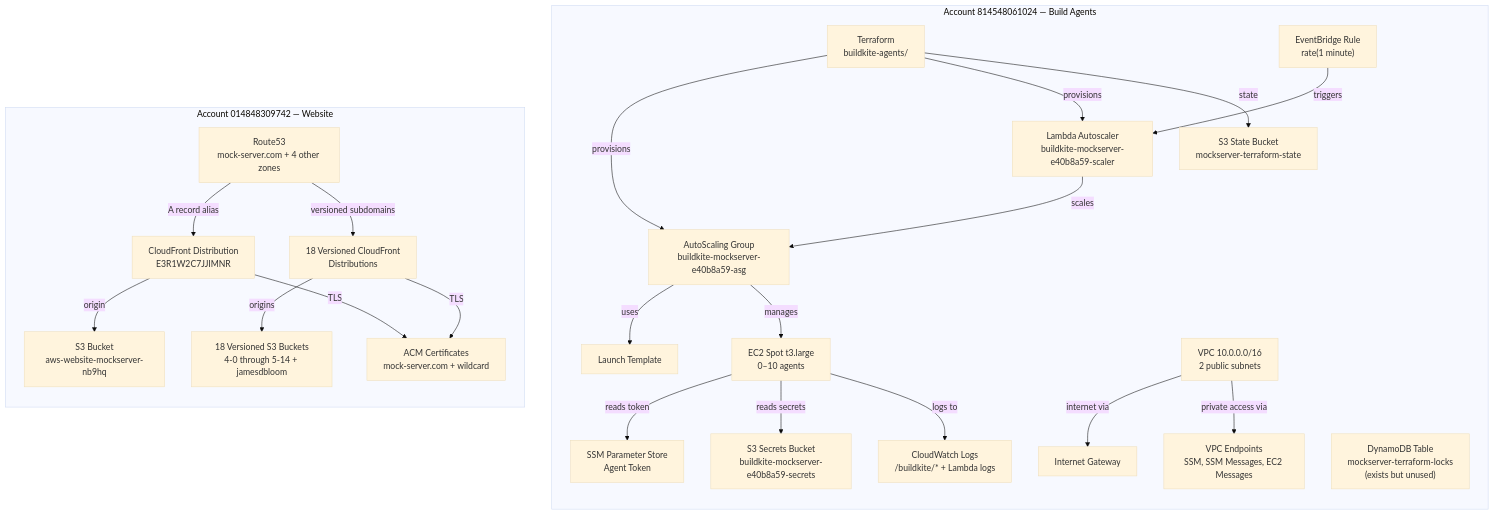
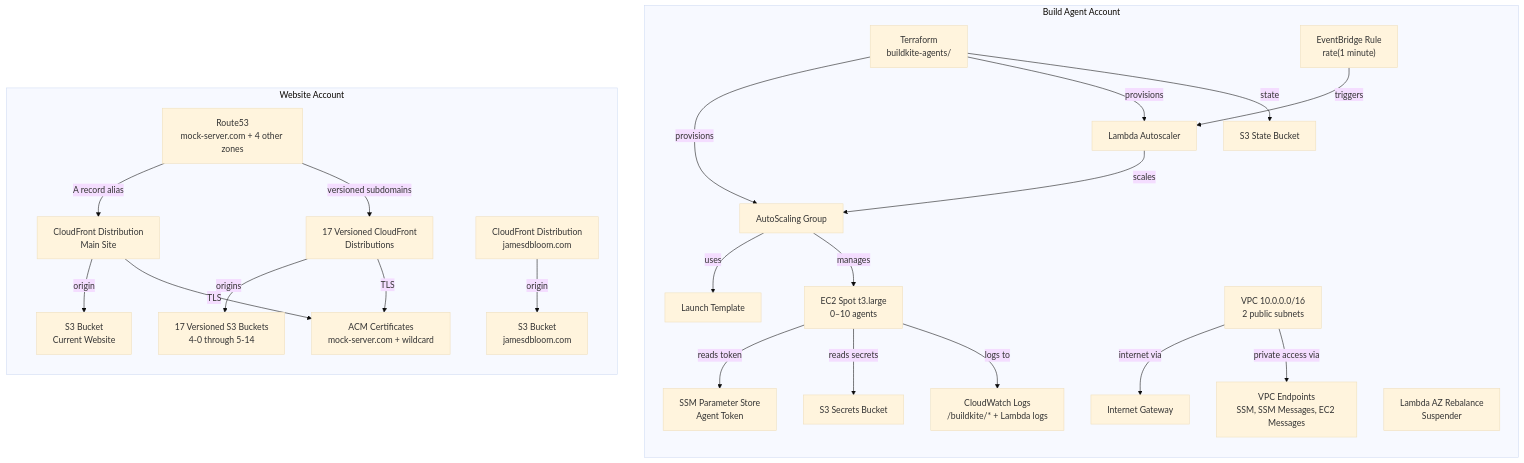
The first of 5 diagrams in docs/infrastructure/aws-infrastructure.md (mock-server/mockserver), drawn with Mermaid (base theme) before and after one commit. The commit also changed other lines of this file and 14 other files, not shown here.

````diff
--- a/docs/infrastructure/aws-infrastructure.md
+++ b/docs/infrastructure/aws-infrastructure.md
@@ -7,50 +7,53 @@
 ```mermaid
 graph TB
-    subgraph "Account 814548061024 — Build Agents"
+    subgraph "Build Agent Account"
         direction TB
         TF["Terraform<br/>buildkite-agents/"]
-        ASG["AutoScaling Group<br/>buildkite-mockserver-e40b8a59-asg"]
-        SCALER["Lambda Autoscaler<br/>buildkite-mockserver-e40b8a59-scaler"]
+        ASG["AutoScaling Group"]
+        SCALER["Lambda Autoscaler"]
+        AZ_LAMBDA["Lambda AZ Rebalance<br/>Suspender"]
         EC2["EC2 Spot t3.large<br/>0–10 agents"]
         SSM["SSM Parameter Store<br/>Agent Token"]
-        S3_SECRETS["S3 Secrets Bucket<br/>buildkite-mockserver-e40b8a59-secrets"]
-        S3_STATE["S3 State Bucket<br/>mockserver-terraform-state"]
-        DDB["DynamoDB Table<br/>mockserver-terraform-locks<br/>(exists but unused)"]
+        S3_SECRETS["S3 Secrets Bucket"]
+        S3_STATE["S3 State Bucket"]
         VPC["VPC 10.0.0.0/16<br/>2 public subnets"]
         VPCE["VPC Endpoints<br/>SSM, SSM Messages, EC2 Messages"]
         IGW["Internet Gateway"]
         LT["Launch Template"]
         CW["CloudWatch Logs<br/>/buildkite/* + Lambda logs"]
         EB["EventBridge Rule<br/>rate(1 minute)"]
     end
 
-    subgraph "Account 014848309742 — Website"
+    subgraph "Website Account"
         direction TB
-        S3[S3 Bucket<br/>aws-website-mockserver-nb9hq]
-        S3V["18 Versioned S3 Buckets<br/>4-0 through 5-14 + jamesdbloom"]
-        CDN[CloudFront Distribution<br/>E3R1W2C7JJIMNR]
-        CDNV["18 Versioned CloudFront<br/>Distributions"]
+        S3[S3 Bucket<br/>Current Website]
+        S3V["17 Versioned S3 Buckets<br/>4-0 through 5-14"]
+        S3P["S3 Bucket<br/>jamesdbloom.com"]
+        CDN[CloudFront Distribution<br/>Main Site]
+        CDNV["17 Versioned CloudFront<br/>Distributions"]
+        CDNP["CloudFront Distribution<br/>jamesdbloom.com"]
         R53[Route53<br/>mock-server.com + 4 other zones]
         ACM[ACM Certificates<br/>mock-server.com + wildcard]
     end
 
     TF -->|provisions| ASG
     TF -->|provisions| SCALER
     TF -->|state| S3_STATE
     EB -->|triggers| SCALER
     SCALER -->|scales| ASG
     ASG -->|uses| LT
     ASG -->|manages| EC2
     EC2 -->|reads token| SSM
     EC2 -->|reads secrets| S3_SECRETS
     VPC -->|internet via| IGW
     VPC -->|private access via| VPCE
     EC2 -->|logs to| CW
 
     R53 -->|A record alias| CDN
     R53 -->|versioned subdomains| CDNV
     CDN -->|origin| S3
     CDNV -->|origins| S3V
+    CDNP -->|origin| S3P
     CDN -->|TLS| ACM
     CDNV -->|TLS| ACM
 ```
````
